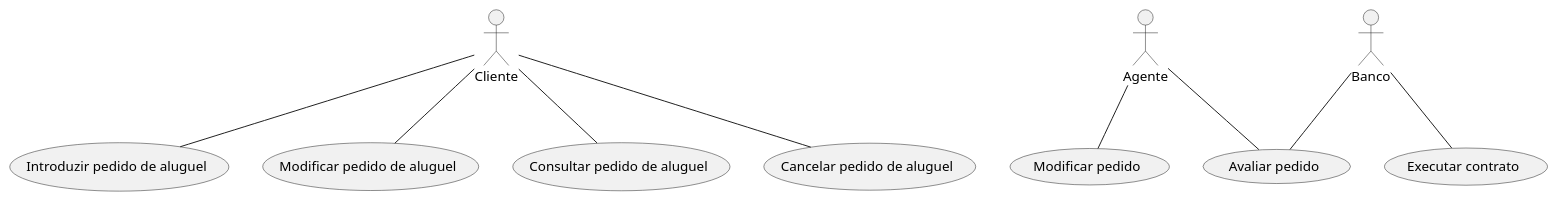
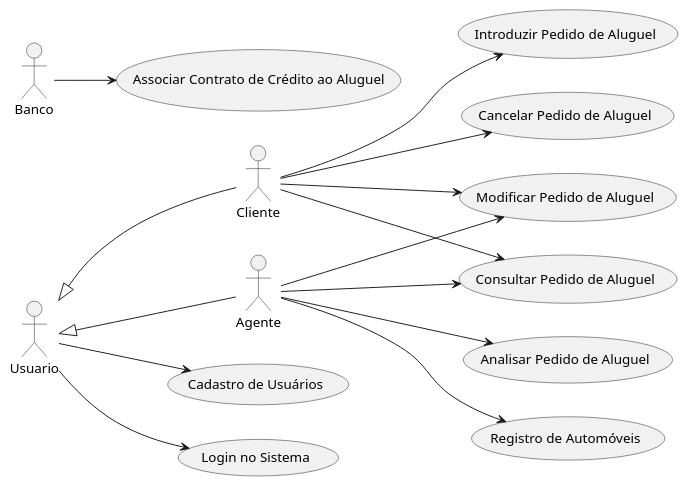
Before and after one commit to PedroRamos98/Aluguel-De-Carros: the diagram in project/code/CasoDeUso.puml, drawn with PlantUML. The commit also changed 6 other files, not shown here.

```diff
--- a/project/code/CasoDeUso.puml
+++ b/project/code/CasoDeUso.puml
@@ -1,25 +1,38 @@
 @startuml
-actor Cliente
-actor Agente
-actor Banco
 
-usecase "Introduzir pedido de aluguel" as UC1
-usecase "Modificar pedido de aluguel" as UC2
-usecase "Consultar pedido de aluguel" as UC3
-usecase "Cancelar pedido de aluguel" as UC4
-usecase "Modificar pedido" as UC5
-usecase "Avaliar pedido" as UC6
-usecase "Executar contrato" as UC7
+left to right direction
 
-Cliente -- UC1
-Cliente -- UC2
-Cliente -- UC3
-Cliente -- UC4
+actor Usuario as U
+actor Cliente as C
+actor Agente as A
+actor Banco as B
 
-Agente -- UC5
-Agente -- UC6
+U <|-- C
+U <|-- A
 
-Banco -- UC6
-Banco -- UC7
+usecase "Cadastro de Usuários" as UC1
+usecase "Login no Sistema" as UC2
+usecase "Introduzir Pedido de Aluguel" as UC3
+usecase "Modificar Pedido de Aluguel" as UC4
+usecase "Consultar Pedido de Aluguel" as UC5
+usecase "Cancelar Pedido de Aluguel" as UC6
+usecase "Analisar Pedido de Aluguel" as UC7
+usecase "Registro de Automóveis" as UC8
+usecase "Associar Contrato de Crédito ao Aluguel" as UC9
+
+U --> UC1
+U --> UC2
+
+C --> UC3
+C --> UC4
+C --> UC5
+C --> UC6
+
+A --> UC4
+A --> UC5
+A --> UC7
+A --> UC8
+
+B --> UC9
 
 @enduml
```
